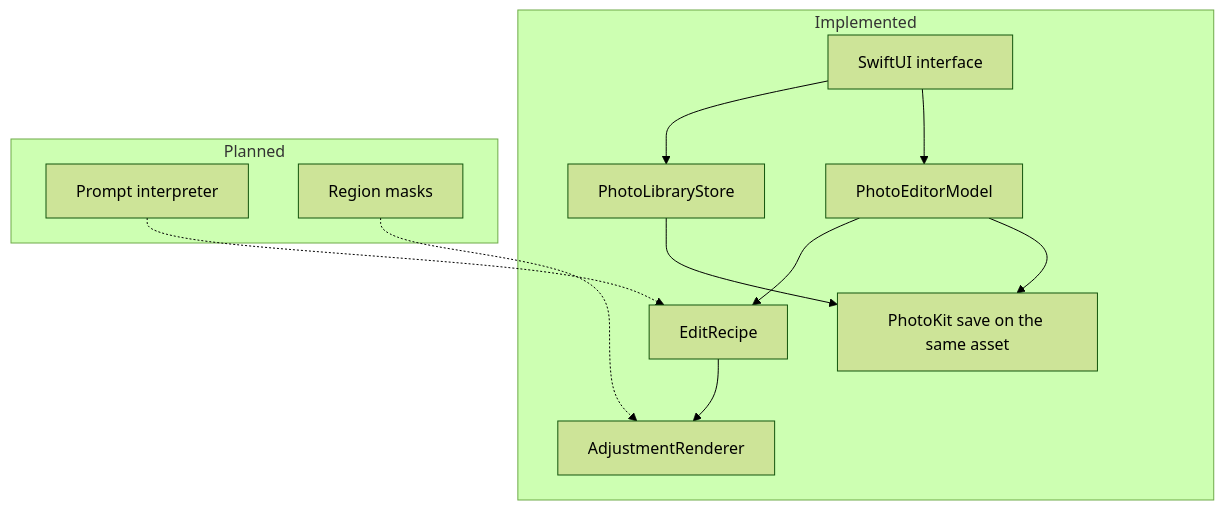
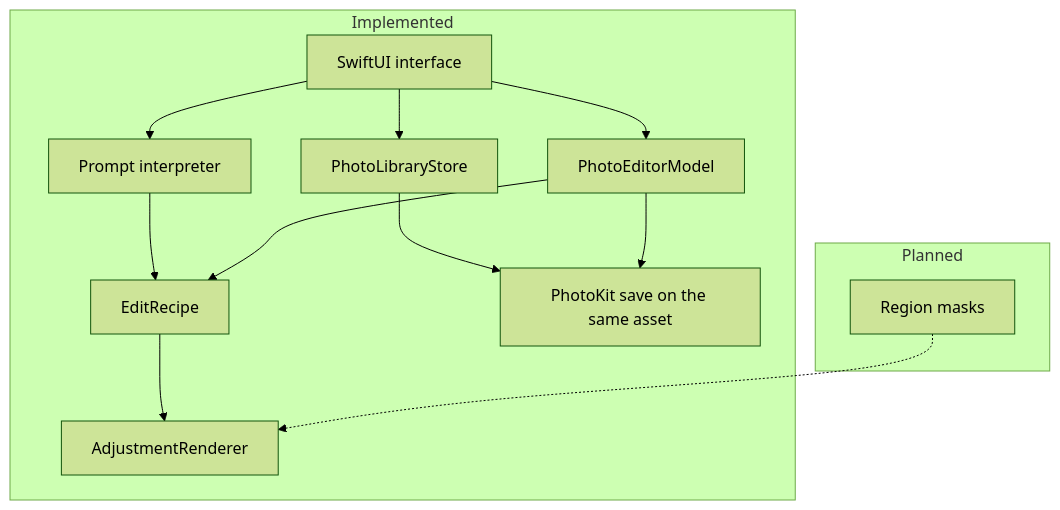
The first of 2 diagrams in README.md (Yug-More/PixelSense), drawn with Mermaid (forest theme) before and after one commit. The commit also changed other lines of this file and 4 other files, not shown here.

````diff
--- a/README.md
+++ b/README.md
@@ -67,25 +67,26 @@
 ```mermaid
 flowchart TD
     subgraph now [Implemented]
         ui[SwiftUI interface]
         library[PhotoLibraryStore]
         editor[PhotoEditorModel]
+        prompt[Prompt interpreter]
         recipe[EditRecipe]
         renderer[AdjustmentRenderer]
         photos[PhotoKit save on the same asset]
     end
 
     subgraph later [Planned]
-        prompt[Prompt interpreter]
         regions[Region masks]
     end
 
     ui --> library
     ui --> editor
+    ui --> prompt
+    prompt --> recipe
     library --> photos
     editor --> recipe
     recipe --> renderer
     editor --> photos
-    prompt -.-> recipe
     regions -.-> renderer
 ```
````
